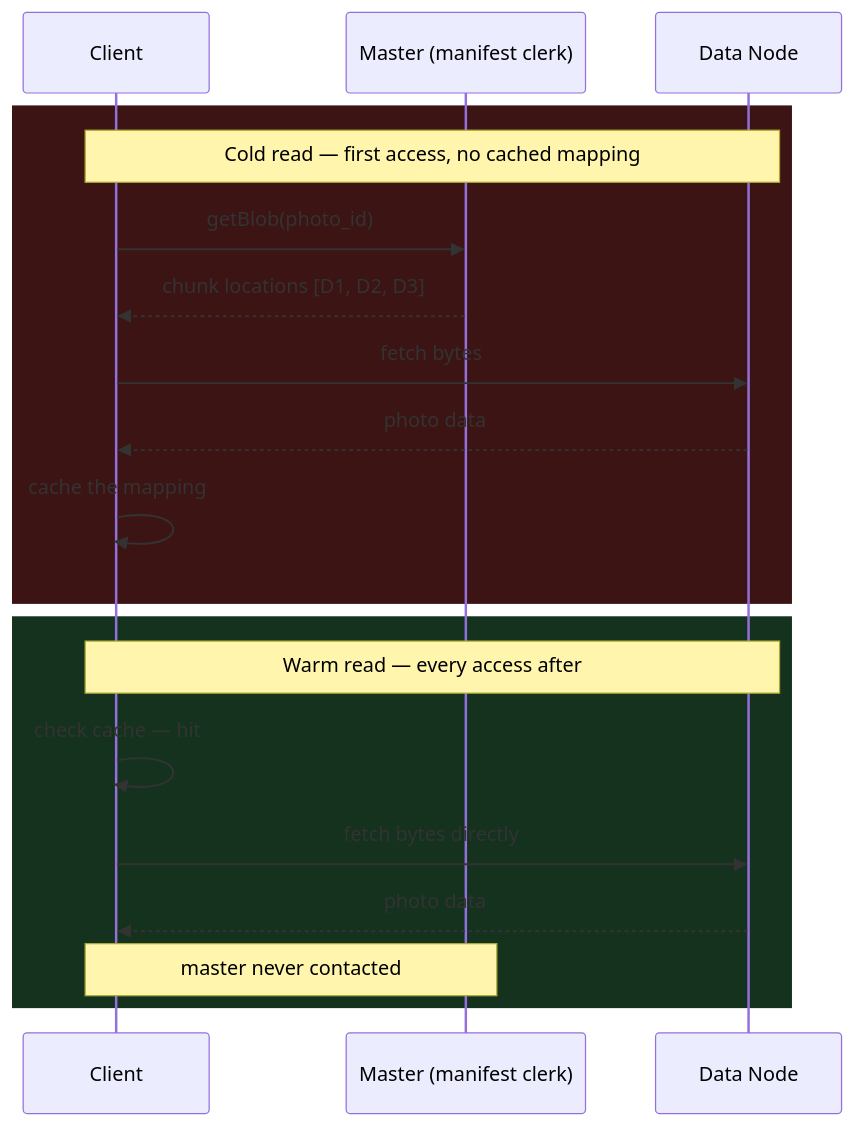
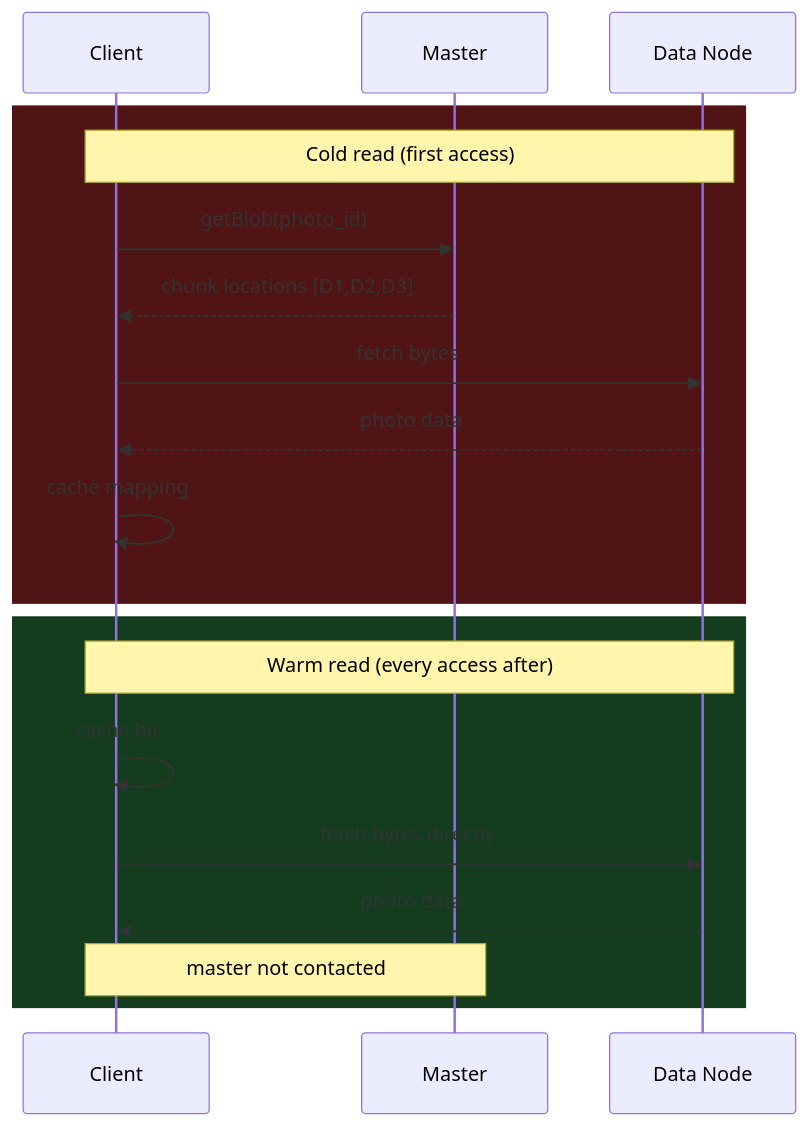
Before and after one commit to riyaz-pasha/Learnings: the sixth of 16 diagrams in system-design/HLD/0-course/20-Blob-Store-FAANG-Guide-story.md, drawn with Mermaid. The commit also changed other lines of this file and 1 other file, not shown here.

First line of the commit message:
improve readability and fix mermaid diagrams for Blob Store guides

````diff
--- a/system-design/HLD/0-course/20-Blob-Store-FAANG-Guide-story.md
+++ b/system-design/HLD/0-course/20-Blob-Store-FAANG-Guide-story.md
@@ -162,22 +308,23 @@
 ```mermaid
 sequenceDiagram
     participant C as Client
-    participant M as Master (manifest clerk)
+    participant M as Master
     participant D as Data Node
 
-    rect rgb(60,20,20)
-    Note over C,D: Cold read — first access, no cached mapping
+    rect rgb(80,20,20)
+    Note over C,D: Cold read (first access)
     C->>M: getBlob(photo_id)
-    M-->>C: chunk locations [D1, D2, D3]
+    M-->>C: chunk locations [D1,D2,D3]
     C->>D: fetch bytes
     D-->>C: photo data
-    C->>C: cache the mapping
+    C->>C: cache mapping
     end
-    rect rgb(20,50,30)
-    Note over C,D: Warm read — every access after
-    C->>C: check cache — hit
+
+    rect rgb(20,60,30)
+    Note over C,D: Warm read (every access after)
+    C->>C: cache hit
     C->>D: fetch bytes directly
     D-->>C: photo data
-    Note over C,M: master never contacted
+    Note over C,M: master not contacted
     end
 ```
````
